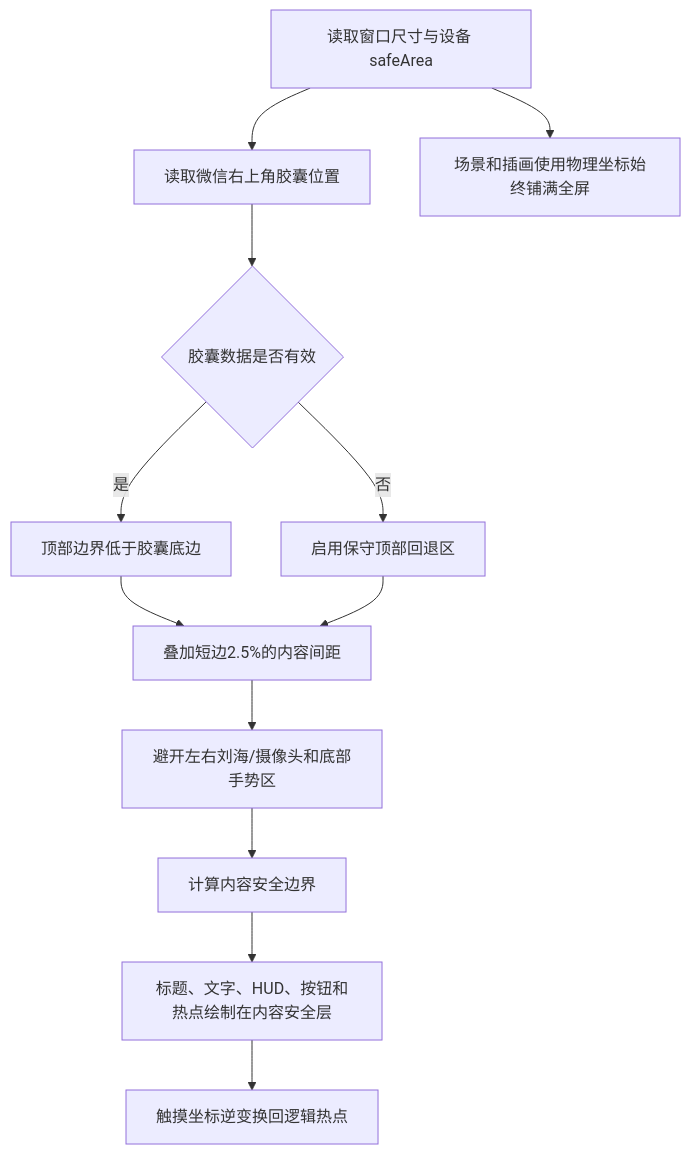
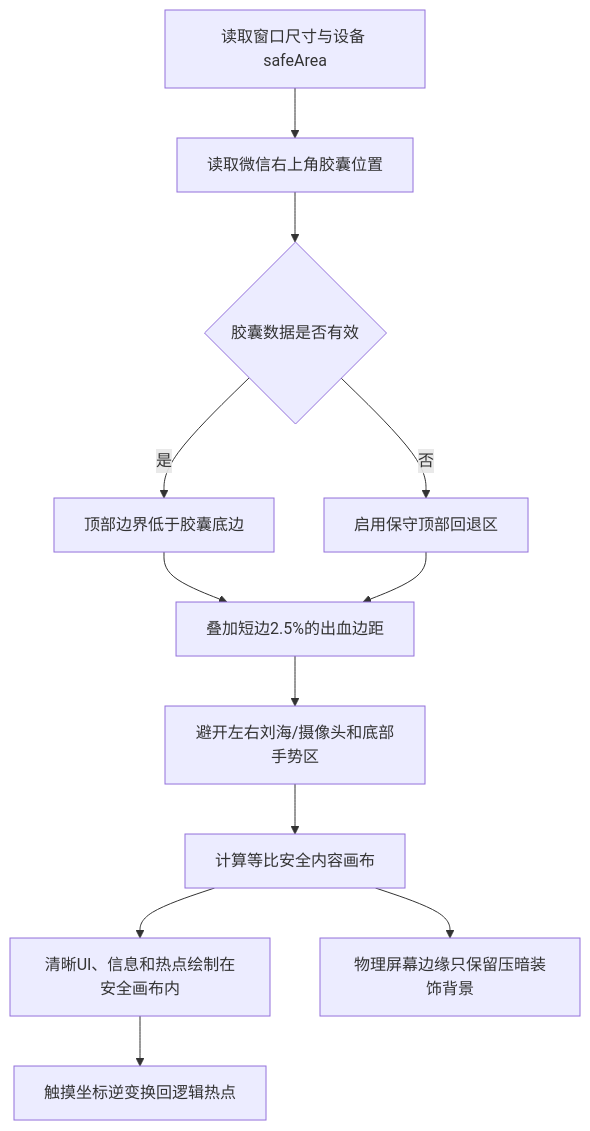
Diagram 11 of 11 in docs/游戏产品流程图.md (Yeungsam/heisino-game), drawn with Mermaid before and after one commit. The commit also changed other lines of this file and 5 other files, not shown here.

````diff
--- a/docs/游戏产品流程图.md
+++ b/docs/游戏产品流程图.md
@@ -400,14 +400,14 @@
 ```mermaid
 flowchart TD
     A["读取窗口尺寸与设备 safeArea"] --> B["读取微信右上角胶囊位置"]
     B --> C{"胶囊数据是否有效"}
     C -- "是" --> D["顶部边界低于胶囊底边"]
     C -- "否" --> E["启用保守顶部回退区"]
-    D --> F["叠加短边2.5%的内容间距"]
+    D --> F["叠加短边2.5%的出血边距"]
     E --> F
     F --> G["避开左右刘海/摄像头和底部手势区"]
-    G --> H["计算内容安全边界"]
-    H --> I["标题、文字、HUD、按钮和热点绘制在内容安全层"]
-    A --> J["场景和插画使用物理坐标始终铺满全屏"]
+    G --> H["计算等比安全内容画布"]
+    H --> I["清晰UI、信息和热点绘制在安全画布内"]
+    H --> J["物理屏幕边缘只保留压暗装饰背景"]
     I --> K["触摸坐标逆变换回逻辑热点"]
 ```
````
